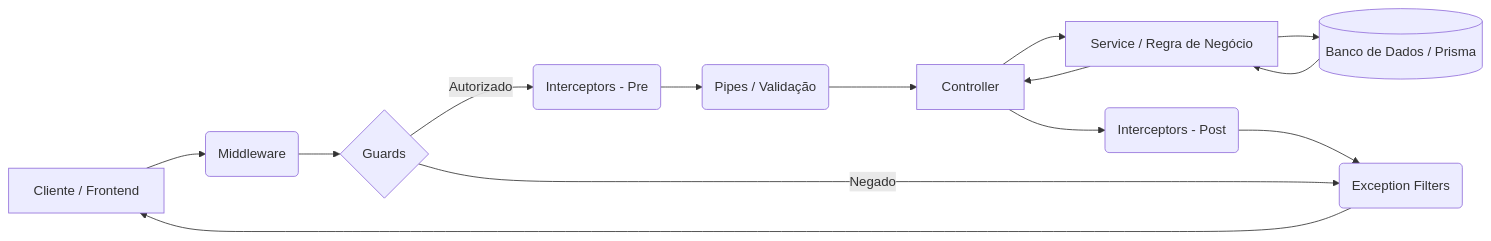
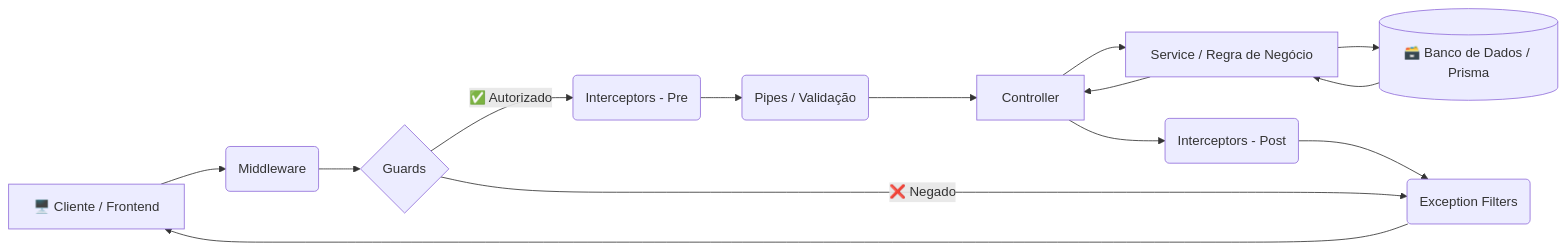
The diagram in README.md (VictorHJesusSantiago/projeto_nest), drawn with Mermaid before and after one commit. The commit also changed other lines of this file, not shown here.

````diff
--- a/README.md
+++ b/README.md
@@ -68,16 +92,16 @@
 ```mermaid
 graph LR
-    A[Cliente / Frontend] --> B(Middleware);
+    A[🖥️ Cliente / Frontend] --> B(Middleware);
     B --> C{Guards};
-    C -- Autorizado --> D(Interceptors - Pre);
+    C -- ✅ Autorizado --> D(Interceptors - Pre);
     D --> E(Pipes / Validação);
     E --> F[Controller];
     F --> G[Service / Regra de Negócio];
-    G --> H[(Banco de Dados / Prisma)];
+    G --> H[(🗃️ Banco de Dados / Prisma)];
     H --> G;
     G --> F;
     F --> I(Interceptors - Post);
     I --> J(Exception Filters);
     J --> A;
-    C -- Negado --> J;
+    C -- ❌ Negado --> J;
 ```
````
